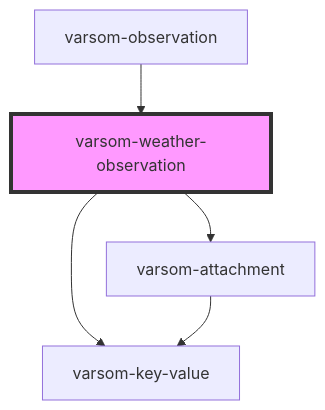
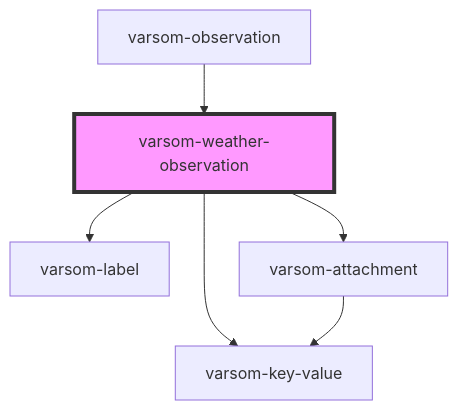
Before and after one commit to NVE/varsom-observation: the diagram in observasjonskort/src/components/varsom-weather-observation/readme.md, drawn with Mermaid. The commit also changed other lines of this file and 17 other files, not shown here.

````diff
--- a/observasjonskort/src/components/varsom-weather-observation/readme.md
+++ b/observasjonskort/src/components/varsom-weather-observation/readme.md
@@ -36,8 +37,9 @@
 ```mermaid
 graph TD;
+  varsom-weather-observation --> varsom-label
   varsom-weather-observation --> varsom-key-value
   varsom-weather-observation --> varsom-attachment
   varsom-attachment --> varsom-key-value
   varsom-observation --> varsom-weather-observation
   style varsom-weather-observation fill:#f9f,stroke:#333,stroke-width:4px
 ```
````
